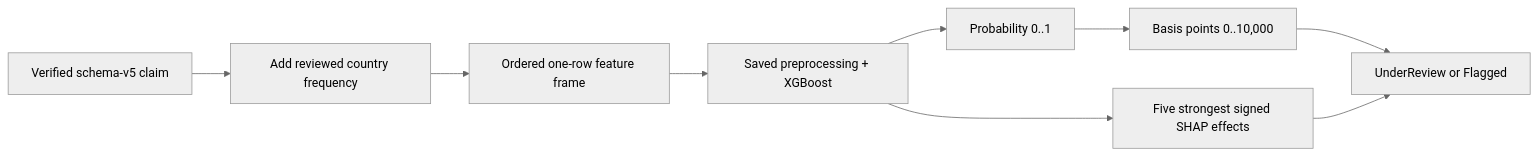
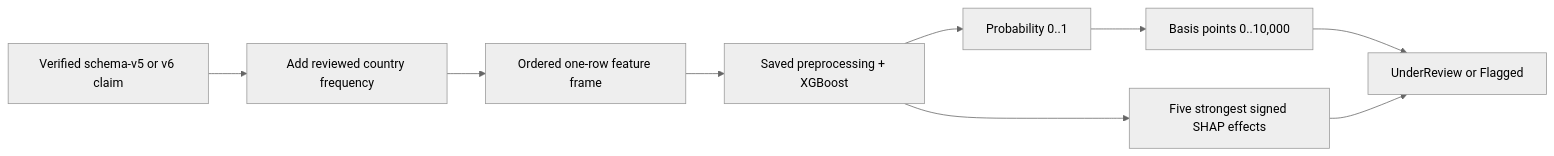
One commit to ganesh1997oli/Decentralized-Claims-Registry changed the second of 2 diagrams in packages/model/README.md. Above: the diagram before and after it, drawn with Mermaid (neutral theme). The commit also changed other lines of this file and 15 other files, not shown here.

````diff
--- a/packages/model/README.md
+++ b/packages/model/README.md
@@ -76,11 +92,11 @@
 ```mermaid
 flowchart LR
-    Claim["Verified schema-v5 claim"] --> Enrich["Add reviewed country frequency"]
+    Claim["Verified schema-v5 or v6 claim"] --> Enrich["Add reviewed country frequency"]
     Enrich --> Frame["Ordered one-row feature frame"]
     Frame --> Pipeline["Saved preprocessing + XGBoost"]
     Pipeline --> Probability["Probability 0..1"]
     Pipeline --> LocalSHAP["Five strongest signed SHAP effects"]
     Probability --> Basis["Basis points 0..10,000"]
     Basis --> Result["UnderReview or Flagged"]
     LocalSHAP --> Result
 ```
````
